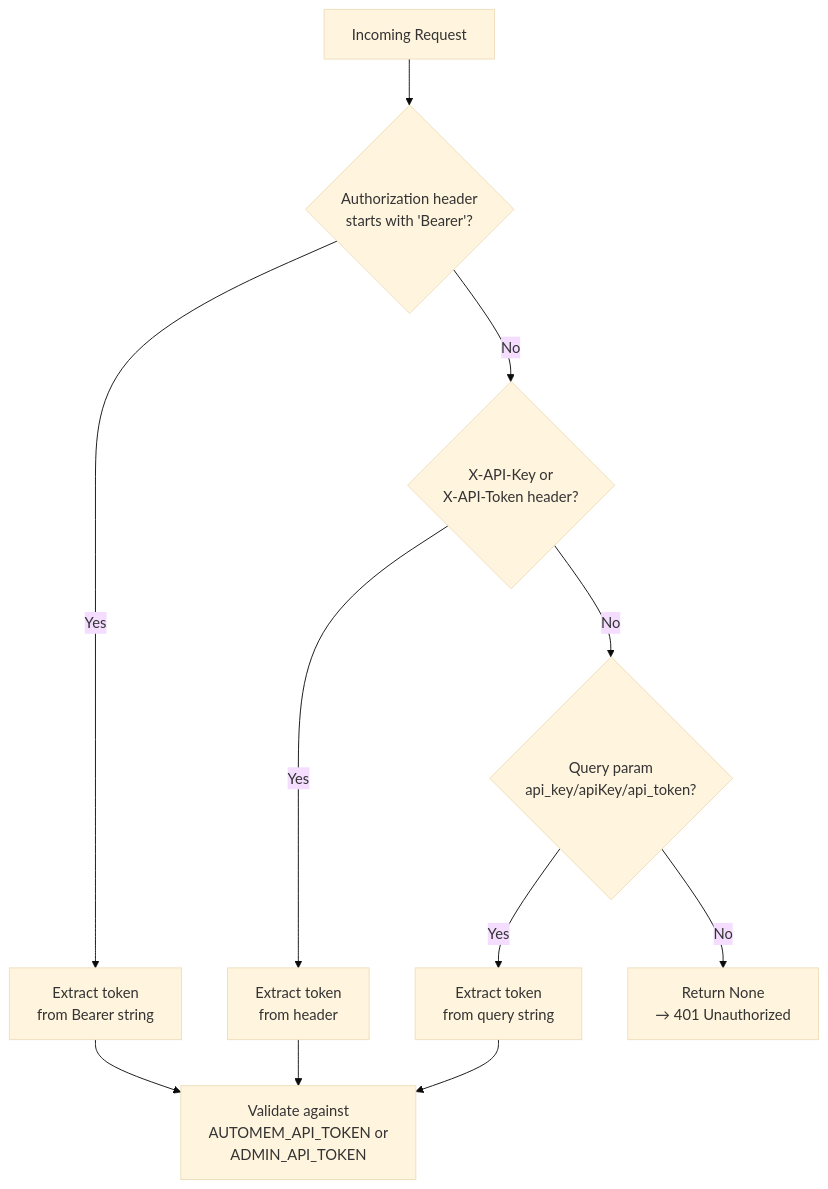
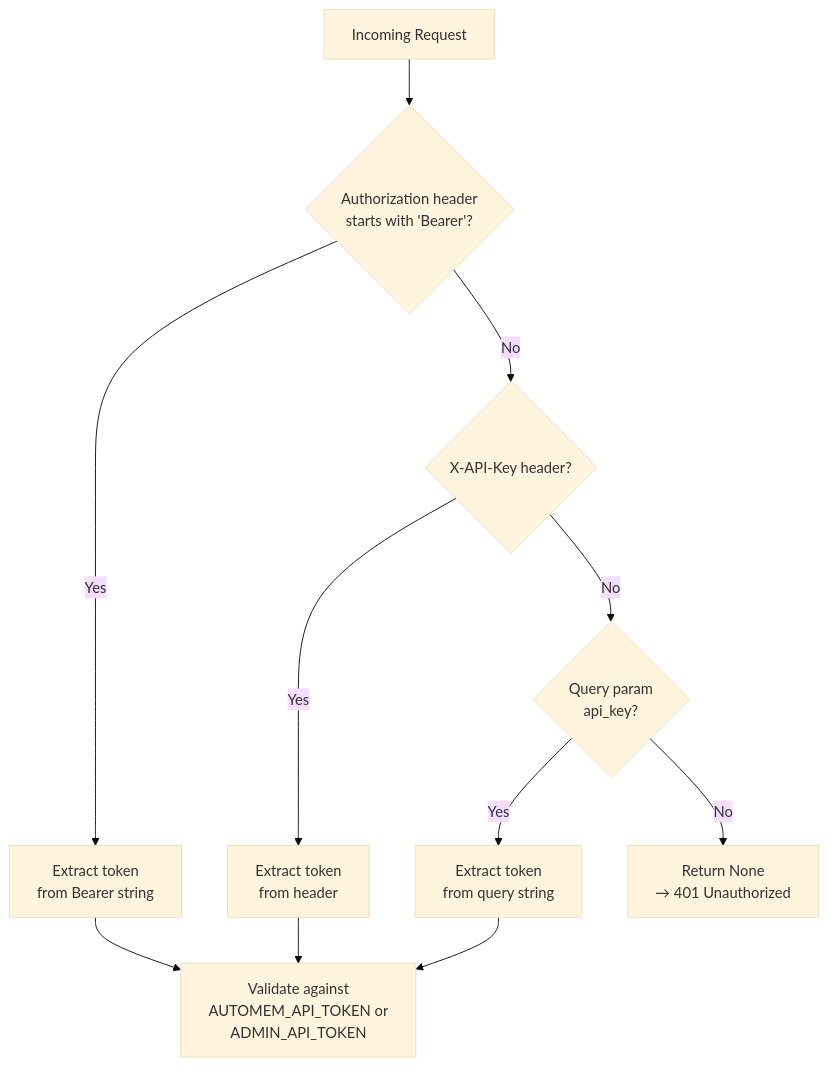
Before and after one commit to verygoodplugins/automem-website: the first of 3 diagrams in src/content/docs/docs/reference/authentication.md, drawn with Mermaid (base theme). The commit also changed other lines of this file and 48 other files, not shown here.

````diff
--- a/src/content/docs/docs/reference/authentication.md
+++ b/src/content/docs/docs/reference/authentication.md
@@ -27,30 +27,30 @@
 ```mermaid
 graph TD
     Request["Incoming Request"]
 
     CheckBearer{"Authorization header<br/>starts with 'Bearer'?"}
     ExtractBearer["Extract token<br/>from Bearer string"]
 
-    CheckCustomHeader{"X-API-Key or<br/>X-API-Token header?"}
+    CheckCustomHeader{"X-API-Key header?"}
     ExtractHeader["Extract token<br/>from header"]
 
-    CheckQuery{"Query param<br/>api_key/apiKey/api_token?"}
+    CheckQuery{"Query param<br/>api_key?"}
     ExtractQuery["Extract token<br/>from query string"]
 
     NoToken["Return None<br/>→ 401 Unauthorized"]
     ValidateToken["Validate against<br/>AUTOMEM_API_TOKEN or<br/>ADMIN_API_TOKEN"]
 
     Request --> CheckBearer
     CheckBearer -->|Yes| ExtractBearer
     CheckBearer -->|No| CheckCustomHeader
 
     CheckCustomHeader -->|Yes| ExtractHeader
     CheckCustomHeader -->|No| CheckQuery
 
     CheckQuery -->|Yes| ExtractQuery
     CheckQuery -->|No| NoToken
 
     ExtractBearer --> ValidateToken
     ExtractHeader --> ValidateToken
     ExtractQuery --> ValidateToken
 ```
````
